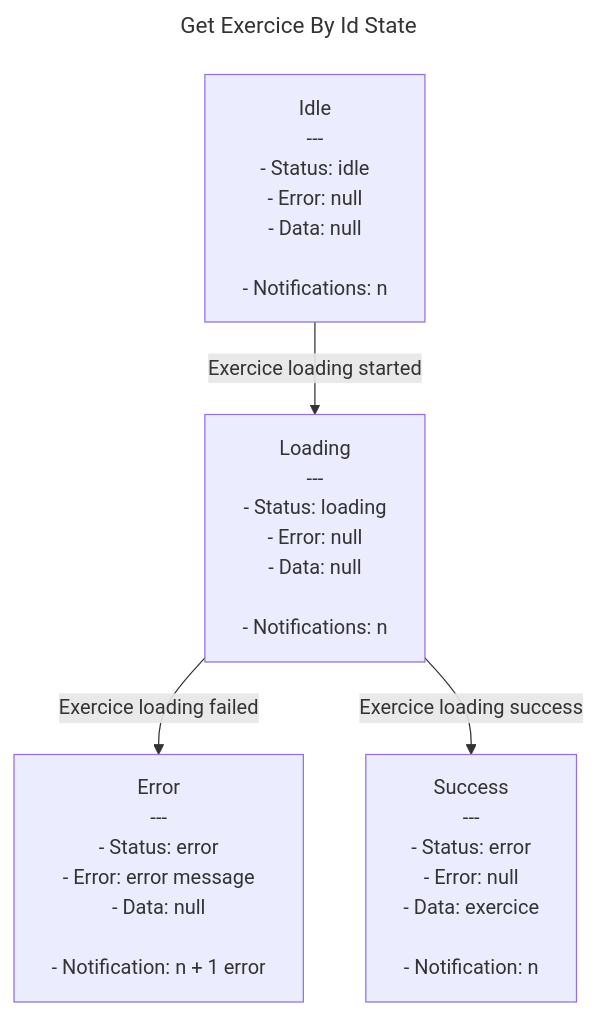
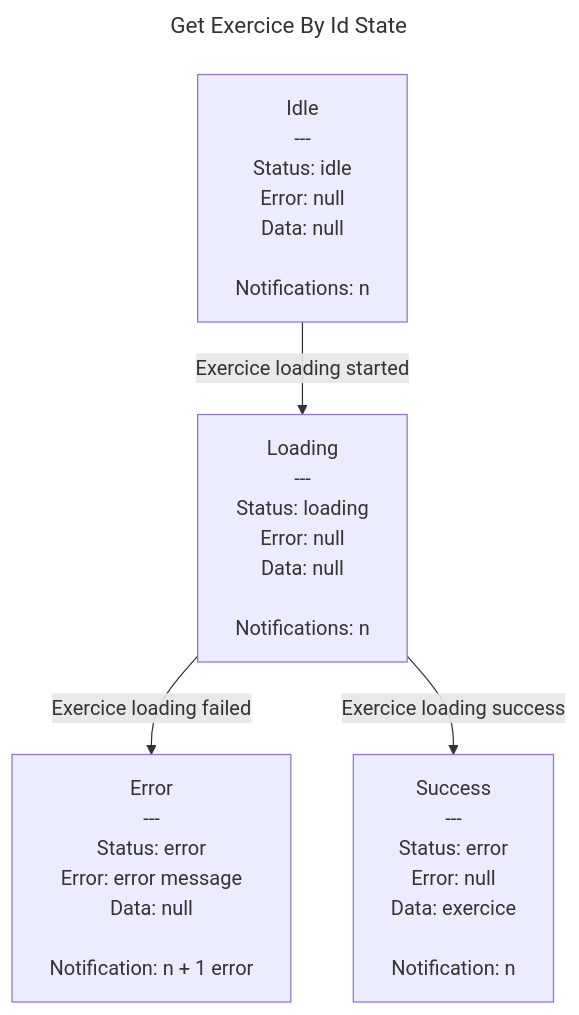
Before and after one commit to davidroberto/react-redux-clean-architecture-tdd-eda-vertical-slices: the diagram in src/exercice/features/get-exercice-by-id/get-exercice-by-id.state-machine.md, drawn with Mermaid. The commit also changed 5 other files, not shown here.

Commit message:
doc: update fsm diagram for prevent the list md render error

````diff
--- a/src/exercice/features/get-exercice-by-id/get-exercice-by-id.state-machine.md
+++ b/src/exercice/features/get-exercice-by-id/get-exercice-by-id.state-machine.md
@@ -1,50 +1,50 @@
 ```mermaid
 ---
 title: Get Exercice By Id State
 ---
 flowchart TD
 
 A[
     Idle
     ---
-        - Status: idle
-        - Error: null
-        - Data: null
+        Status: idle
+        Error: null
+        Data: null
         
-        - Notifications: n
+        Notifications: n
 ]
 
 B[
     Loading
     ---
-        - Status: loading
-        - Error: null
-        - Data: null
+        Status: loading
+        Error: null
+        Data: null
         
-        - Notifications: n
+        Notifications: n
 ]
 
 C[
     Error
     ---
-        - Status: error
-        - Error: error message
-        - Data: null
+        Status: error
+        Error: error message
+        Data: null
         
-        - Notification: n + 1 error
+        Notification: n + 1 error
 ]
 
 D[
     Success
     ---
-        - Status: error
-        - Error: null
-        - Data: exercice
+        Status: error
+        Error: null
+        Data: exercice
         
-        - Notification: n
+        Notification: n
 ]
 
 A -->|Exercice loading started|B
 B -->|Exercice loading failed|C
 B -->|Exercice loading success|D
 ```
````
